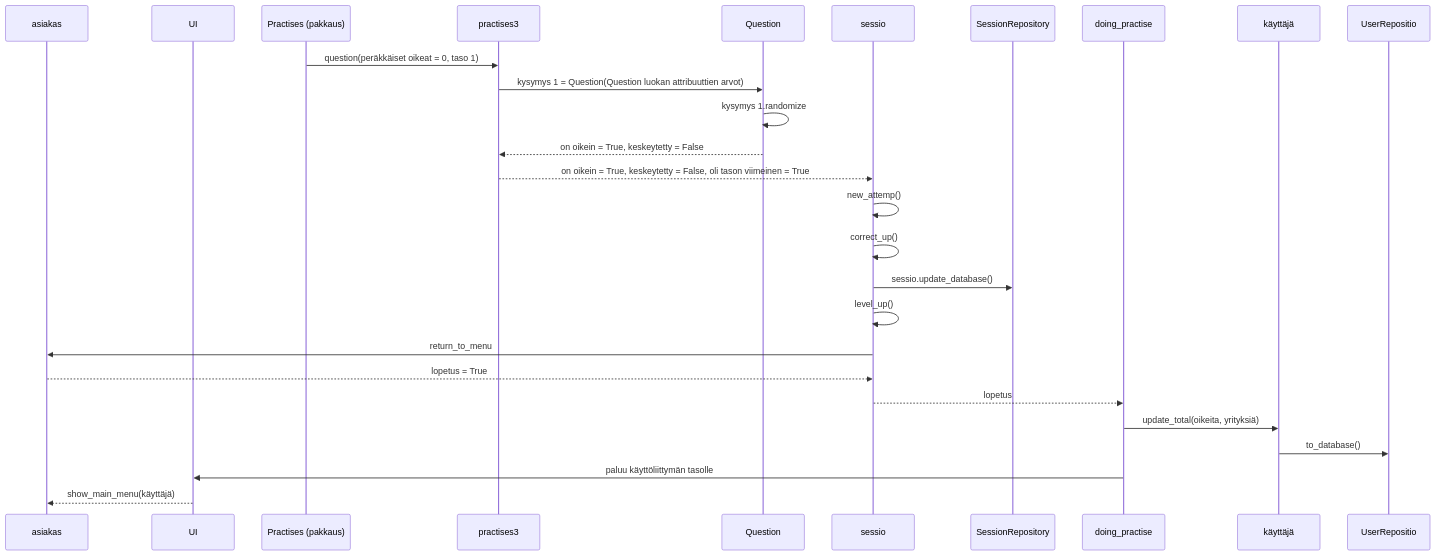
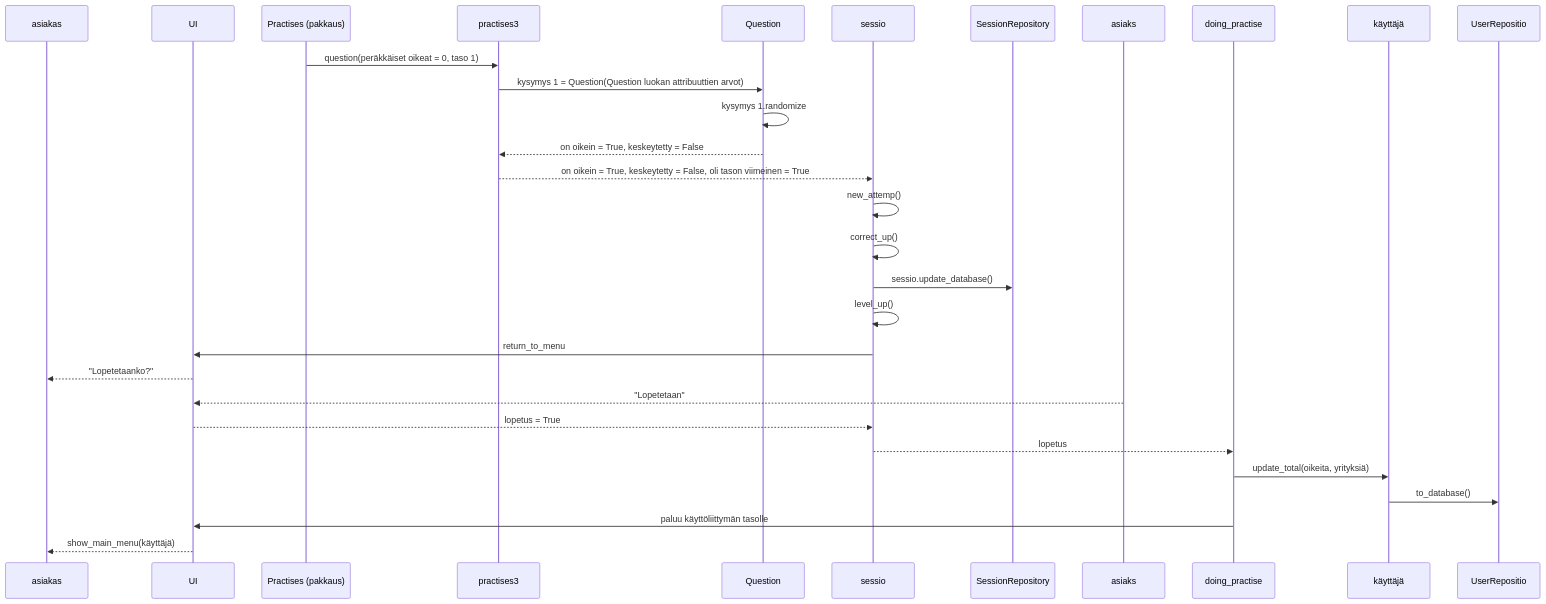
One commit to arskav/ot-harjoitustyo changed the fourth of 4 diagrams in mathtrainer/dokumentaatio/arkkitehtuuri.md. Above: the diagram before and after it, drawn with Mermaid. The commit also changed other lines of this file, not shown here.

````diff
--- a/mathtrainer/dokumentaatio/arkkitehtuuri.md
+++ b/mathtrainer/dokumentaatio/arkkitehtuuri.md
@@ -189,21 +189,23 @@
 ```mermaid
    sequenceDiagram
    participant asiakas
    participant UI
    Practises (pakkaus) ->> practises3: question(peräkkäiset oikeat = 0, taso 1)
    practises3 ->> Question:  kysymys 1 = Question(Question luokan attribuuttien arvot)
    Question ->> Question: kysymys 1.randomize
    Question -->> practises3: on oikein = True, keskeytetty = False
    practises3 -->> sessio:  on oikein = True, keskeytetty = False, oli tason viimeinen = True
    sessio ->> sessio: new_attemp()
    sessio ->> sessio: correct_up() 
    sessio ->> SessionRepository: sessio.update_database()
    sessio ->> sessio: level_up()
-   sessio ->> asiakas: return_to_menu
-   asiakas -->> sessio:  lopetus = True
+   sessio ->> UI: return_to_menu
+   UI -->> asiakas: "Lopetetaanko?"
+   asiaks -->> UI: "Lopetetaan"
+   UI -->> sessio:  lopetus = True
    sessio -->> doing_practise: lopetus
    doing_practise ->> käyttäjä: update_total(oikeita, yrityksiä)
    käyttäjä ->> UserRepositio: to_database()
    doing_practise ->> UI: paluu käyttöliittymän tasolle
    UI -->> asiakas: show_main_menu(käyttäjä)
 ```
````
